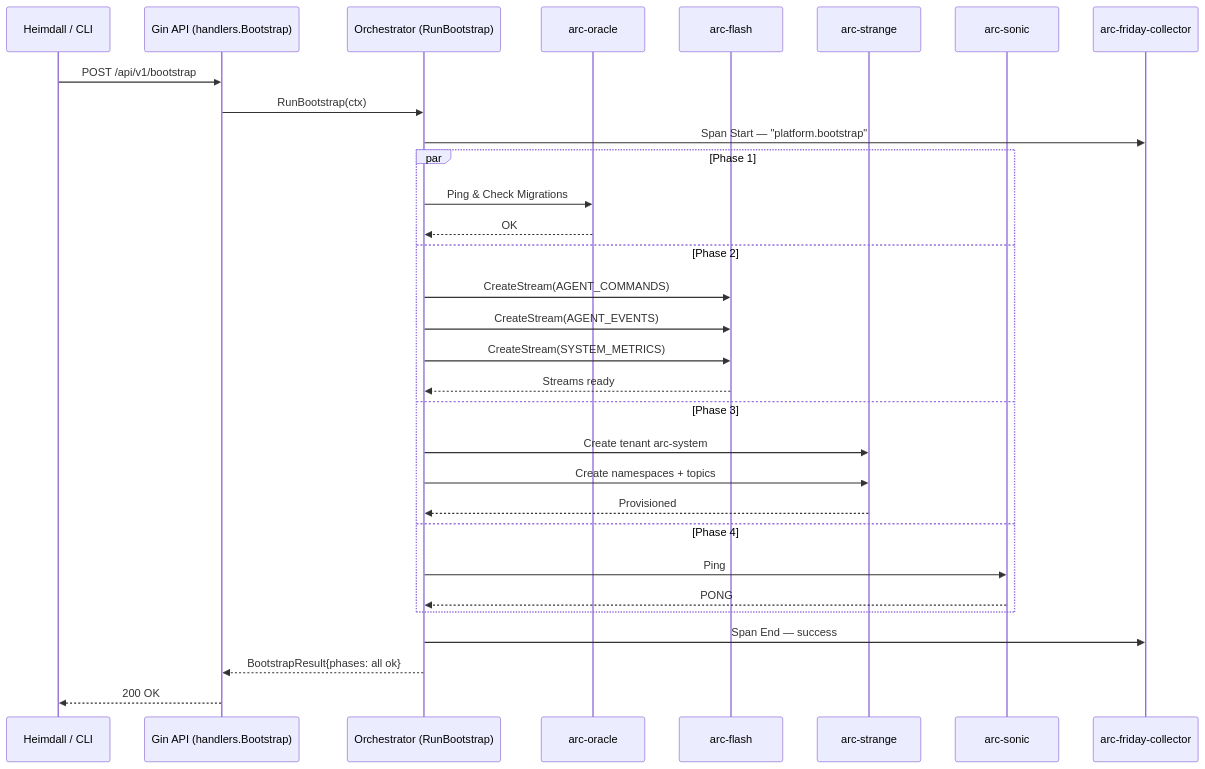
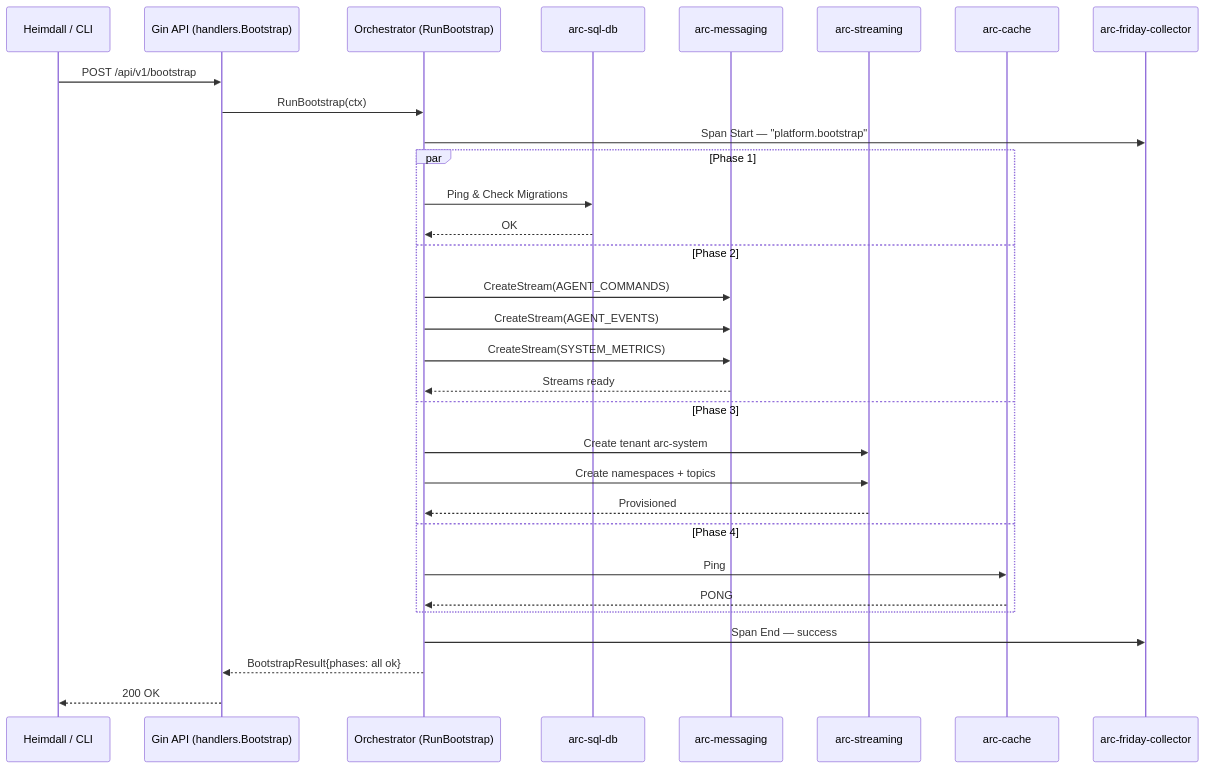
One commit to arc-framework/arc-platform changed the second of 2 diagrams in specs/002-cortex-setup/spec.md. Above: the diagram before and after it, drawn with Mermaid. The commit also changed other lines of this file and 34 other files, not shown here.

````diff
--- a/specs/002-cortex-setup/spec.md
+++ b/specs/002-cortex-setup/spec.md
@@ -136,36 +136,36 @@
 ```mermaid
 sequenceDiagram
     participant GW as Heimdall / CLI
     participant API as Gin API (handlers.Bootstrap)
     participant Core as Orchestrator (RunBootstrap)
-    participant PG as arc-oracle
-    participant NATS as arc-flash
-    participant Pulsar as arc-strange
-    participant Redis as arc-sonic
+    participant PG as arc-sql-db
+    participant NATS as arc-messaging
+    participant Pulsar as arc-streaming
+    participant Redis as arc-cache
     participant Friday as arc-friday-collector
 
     GW->>API: POST /api/v1/bootstrap
     API->>Core: RunBootstrap(ctx)
     Core->>Friday: Span Start — "platform.bootstrap"
 
     par Phase 1
         Core->>PG: Ping & Check Migrations
         PG-->>Core: OK
     and Phase 2
         Core->>NATS: CreateStream(AGENT_COMMANDS)
         Core->>NATS: CreateStream(AGENT_EVENTS)
         Core->>NATS: CreateStream(SYSTEM_METRICS)
         NATS-->>Core: Streams ready
     and Phase 3
         Core->>Pulsar: Create tenant arc-system
         Core->>Pulsar: Create namespaces + topics
         Pulsar-->>Core: Provisioned
     and Phase 4
         Core->>Redis: Ping
         Redis-->>Core: PONG
     end
 
     Core->>Friday: Span End — success
     Core-->>API: BootstrapResult{phases: all ok}
     API-->>GW: 200 OK
 ```
````
